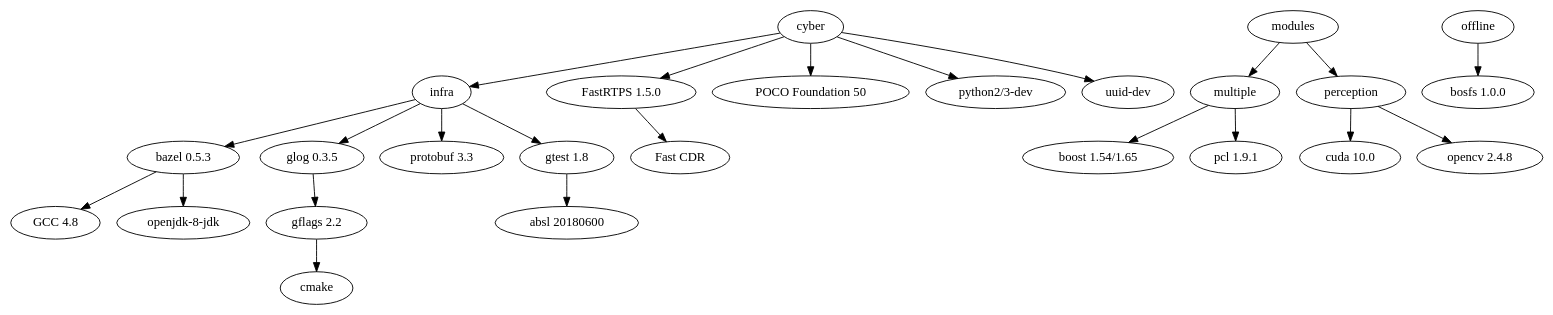
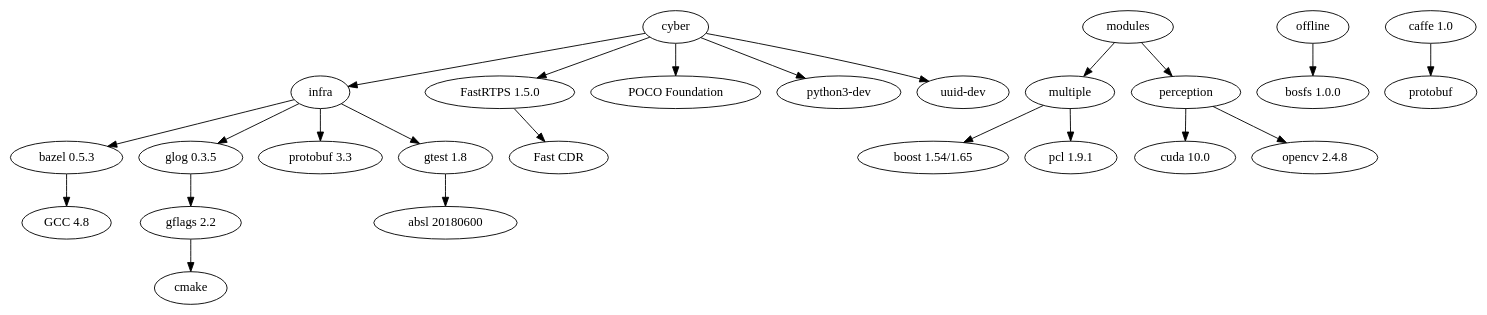
Before and after one commit to ApolloAuto/apollo: the diagram in docker/build/dependencies.dot, drawn with Graphviz. The commit also changed 1 other file, not shown here.

Commit message:
Docker: update gpu_caffe installation

```diff
--- a/docker/build/dependencies.dot
+++ b/docker/build/dependencies.dot
@@ -1,22 +1,22 @@
 digraph {
   "infra" -> "bazel 0.5.3";
   "bazel 0.5.3" -> "GCC 4.8";
-  "bazel 0.5.3" -> "openjdk-8-jdk";
   "infra" -> "glog 0.3.5" -> "gflags 2.2" -> "cmake";
   "infra" -> "protobuf 3.3";
   "infra" -> "gtest 1.8" -> "absl 20180600";
 
   "cyber" -> "infra";
   "cyber" -> "FastRTPS 1.5.0" -> "Fast CDR";
-  "cyber" -> "POCO Foundation 50";
-  "cyber" -> "python2/3-dev";
+  "cyber" -> "POCO Foundation";
+  "cyber" -> "python3-dev";
   "cyber" -> "uuid-dev";
 
   "modules" -> "multiple" -> "boost 1.54/1.65";
   "multiple" -> "pcl 1.9.1";
 
   "modules" -> "perception" -> "cuda 10.0";
   "perception" -> "opencv 2.4.8";
 
   "offline" -> "bosfs 1.0.0";
+  "caffe 1.0" -> "protobuf";
 }
```
